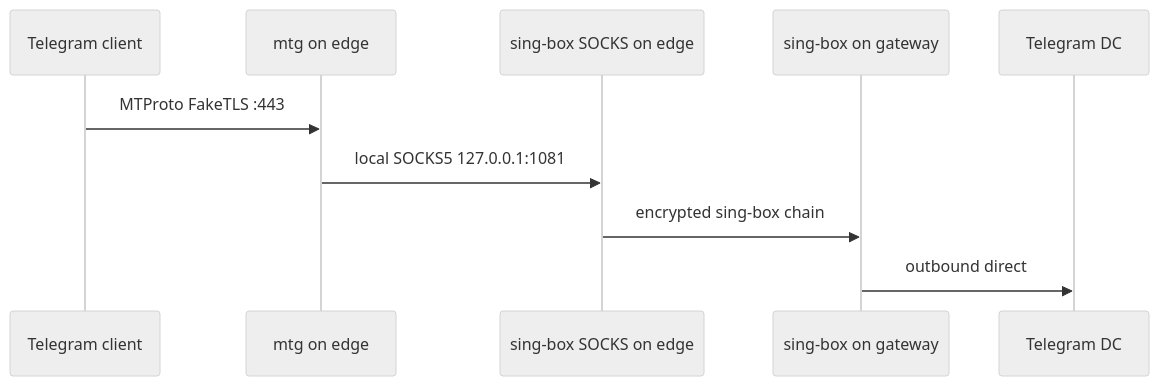
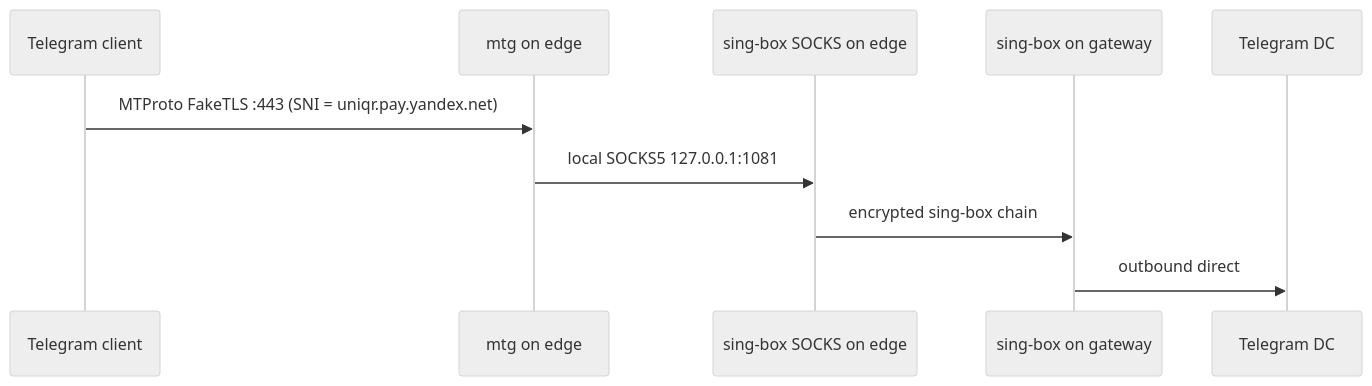
The fifth of 5 diagrams in docs/architecture.md (panalex/home-vpn), drawn with Mermaid (neutral theme) before and after one commit. The commit also changed other lines of this file and 4 other files, not shown here.

First line of the commit message:
ru_mtg: FakeTLS camouflage под золотой домен uniqr.pay.yandex.net

````diff
--- a/docs/architecture.md
+++ b/docs/architecture.md
@@ -97,13 +97,13 @@
 ```mermaid
 sequenceDiagram
     participant T as Telegram client
     participant M as mtg on edge
     participant E as sing-box SOCKS on edge
     participant G as sing-box on gateway
     participant TG as Telegram DC
 
-    T->>M: MTProto FakeTLS :443
+    T->>M: MTProto FakeTLS :443 (SNI = uniqr.pay.yandex.net)
     M->>E: local SOCKS5 127.0.0.1:1081
     E->>G: encrypted sing-box chain
     G->>TG: outbound direct
 ```
````
